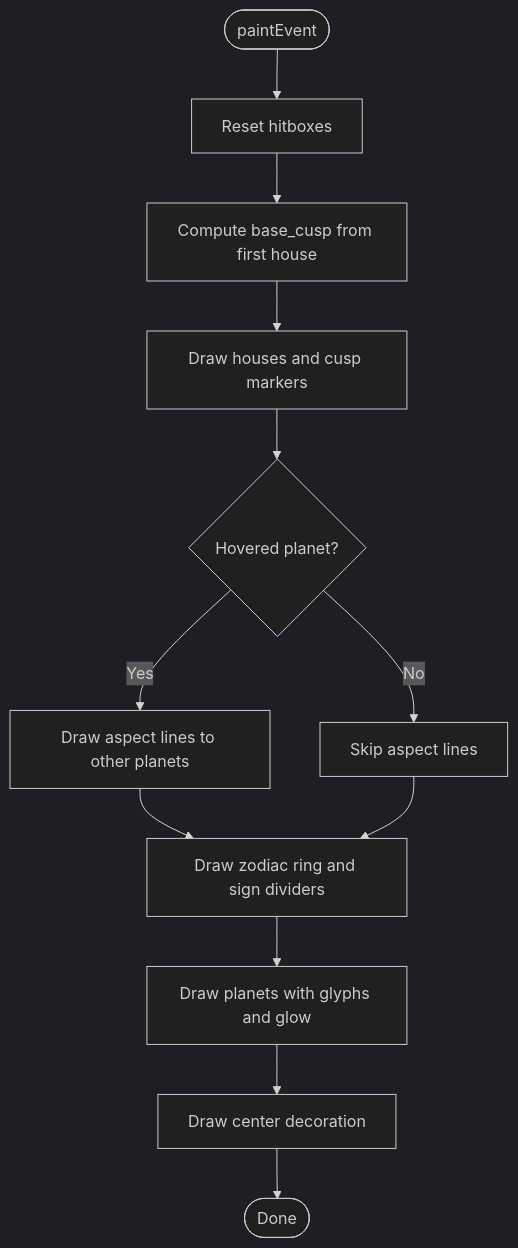
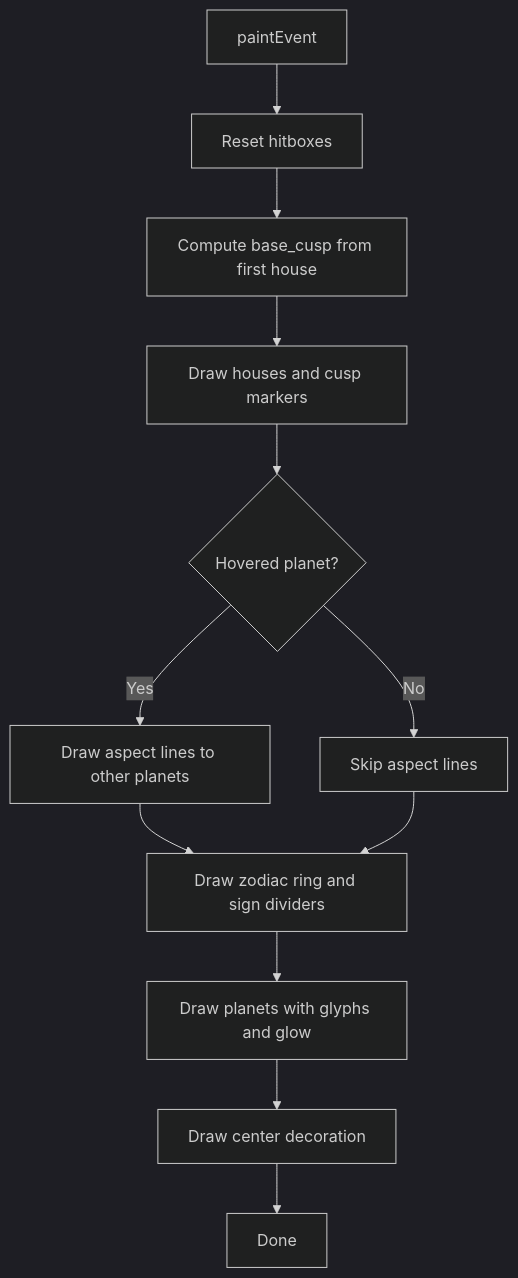
One commit to TheDaniel166/IsopGem changed the third of 8 diagrams in .qoder/repowiki/en/content/Architecture Overview/Pillar-Based Architecture/Astrology Pillar/Astrology Chart Canvas.md. Above: the diagram before and after it, drawn with Mermaid (dark theme). The commit also changed other lines of this file and 36 other files, not shown here.

````diff
--- a/.qoder/repowiki/en/content/Architecture Overview/Pillar-Based Architecture/Astrology Pillar/Astrology Chart Canvas.md
+++ b/.qoder/repowiki/en/content/Architecture Overview/Pillar-Based Architecture/Astrology Pillar/Astrology Chart Canvas.md
@@ -137,14 +150,14 @@
 ```mermaid
 flowchart TD
-Start(["paintEvent"]) --> ResetHB["Reset hitboxes"]
+Start["paintEvent"] --> ResetHB["Reset hitboxes"]
 ResetHB --> BaseAngle["Compute base_cusp from first house"]
 BaseAngle --> Houses["Draw houses and cusp markers"]
 Houses --> Aspects{"Hovered planet?"}
 Aspects --> |Yes| DrawAsp["Draw aspect lines to other planets"]
 Aspects --> |No| SkipAsp["Skip aspect lines"]
 DrawAsp --> Zodiac["Draw zodiac ring and sign dividers"]
 SkipAsp --> Zodiac
 Zodiac --> Planets["Draw planets with glyphs and glow"]
 Planets --> Center["Draw center decoration"]
-Center --> End(["Done"])
+Center --> End["Done"]
 ```
````
